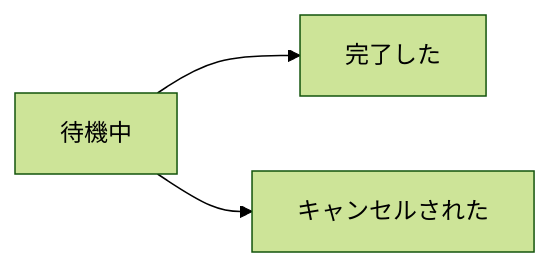
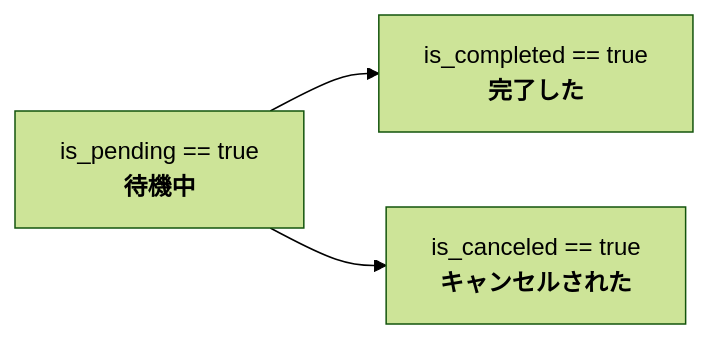
One commit to folt-a/godot-nesink changed the first of 5 diagrams in README.md. Above: the diagram before and after it, drawn with Mermaid (forest theme). The commit also changed other lines of this file and 6 other files, not shown here.

````diff
--- a/README.md
+++ b/README.md
@@ -21,5 +79,5 @@
 ```mermaid
 graph LR
-STATE_PENDING[待機中] --> STATE_COMPLETED[完了した]
-STATE_PENDING --> STATE_CANCELED[キャンセルされた]
+STATE_PENDING[is_pending == true<br /><b>待機中</br>] --> STATE_COMPLETED[is_completed == true<br /><b>完了した</b>]
+STATE_PENDING --> STATE_CANCELED[is_canceled == true<br /><b>キャンセルされた</b>]
 ```
````
